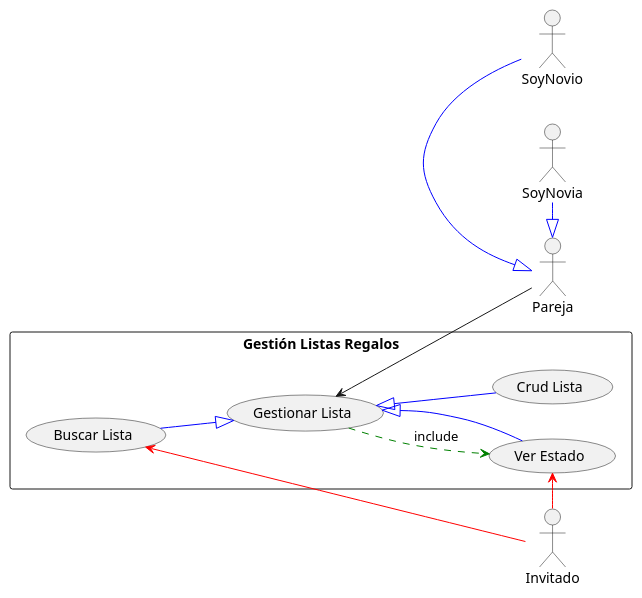
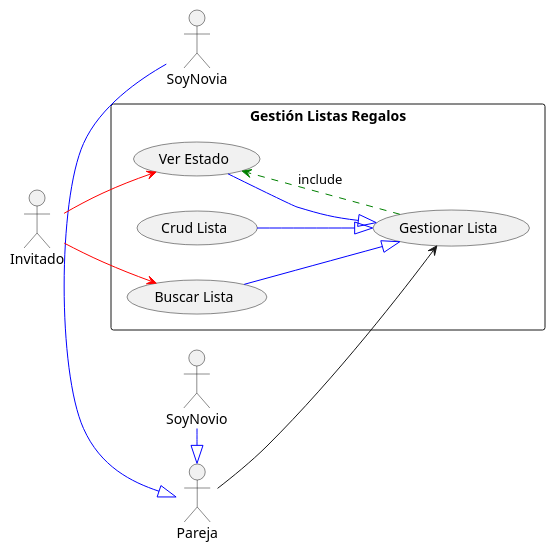
One commit to 3m1l10j4v13r4qu1n0/ift12_repo changed the diagram in disenioSoftware/useCaseGestionListasRegalos.puml. Above: the diagram before and after it, drawn with PlantUML. The commit also changed 4 other files, not shown here.

```diff
--- a/disenioSoftware/useCaseGestionListasRegalos.puml
+++ b/disenioSoftware/useCaseGestionListasRegalos.puml
@@ -1,36 +1,36 @@
 @startuml modulo_gestion_listas_simple
 left to right direction
 
 ' === LADO IZQUIERDO ===
 actor Pareja
 actor SoyNovia
 actor SoyNovio 
 
 SoyNovia -|> Pareja #blue
 SoyNovio -|> Pareja #blue
 
 ' === CENTRO ===
 rectangle "Gestión Listas Regalos" {
   usecase UC2 as "Gestionar Lista"
   usecase UC1b as "Crud Lista"
   usecase UC4 as "Buscar Lista"
   usecase UC3 as "Ver Estado"
 }
 
 ' === LADO DERECHO ===
 actor Invitado
 
 ' === RELACIONES IZQUIERDA ===
-Pareja -up-> UC2
+Pareja --> UC2
 
 ' === RELACIONES INTERNAS ===
-UC1b -up-|> UC2 #blue
-UC4 -down-|> UC2 #blue
-UC3 -down-|> UC2 #blue
-UC2 .down.> UC3 #green : include
+UC1b --|> UC2 #blue
+UC4 --|> UC2 #blue
+UC3 --|> UC2 #blue
+UC2 ..> UC3 #green : include
 
 ' === RELACIONES DERECHA ===
-Invitado -left-> UC4 #red
+Invitado --> UC4 #red
 Invitado -left-> UC3 #red
 
 @enduml
```
